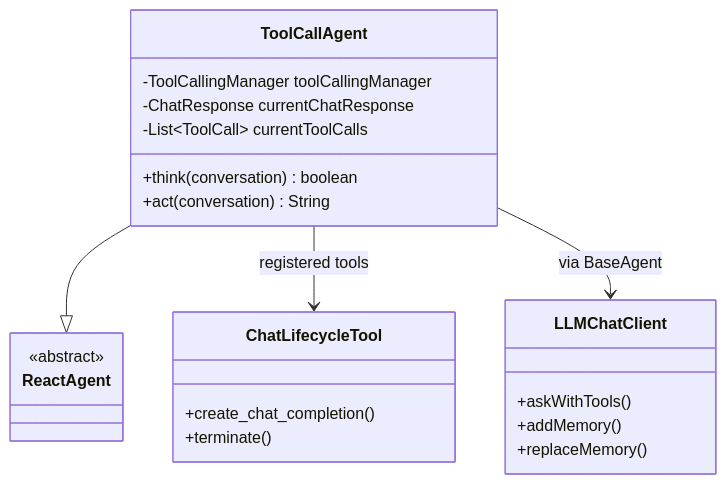
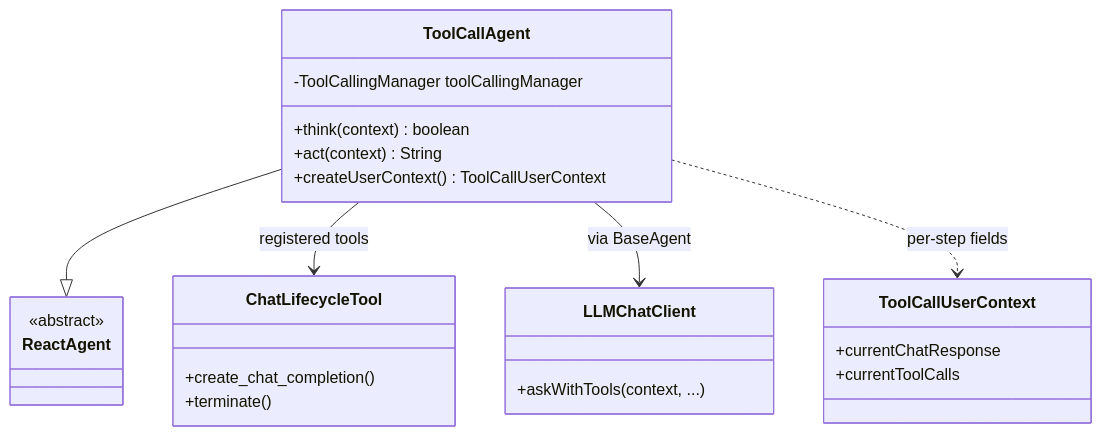
The seventh of 14 diagrams in core/docs/AGENT-FLOW.en.md (jixie-wish/Janus), drawn with Mermaid before and after one commit. The commit also changed other lines of this file and 24 other files, not shown here.

Commit message:
introduce user context

````diff
--- a/core/docs/AGENT-FLOW.en.md
+++ b/core/docs/AGENT-FLOW.en.md
@@ -141,26 +298,28 @@
 ```mermaid
 classDiagram
     class ReactAgent {
         <<abstract>>
     }
     class ToolCallAgent {
         -ToolCallingManager toolCallingManager
-        -ChatResponse currentChatResponse
-        -List~ToolCall~ currentToolCalls
-        +think(conversation) boolean
-        +act(conversation) String
+        +think(context) boolean
+        +act(context) String
+        +createUserContext() ToolCallUserContext
+    }
+    class ToolCallUserContext {
+        +currentChatResponse
+        +currentToolCalls
     }
     class ChatLifecycleTool {
         +create_chat_completion()
         +terminate()
     }
     class LLMChatClient {
-        +askWithTools()
-        +addMemory()
-        +replaceMemory()
+        +askWithTools(context, ...)
     }
 
     ToolCallAgent --|> ReactAgent
     ToolCallAgent --> ChatLifecycleTool : registered tools
     ToolCallAgent --> LLMChatClient : via BaseAgent
+    ToolCallAgent ..> ToolCallUserContext : per-step fields
 ```
````
